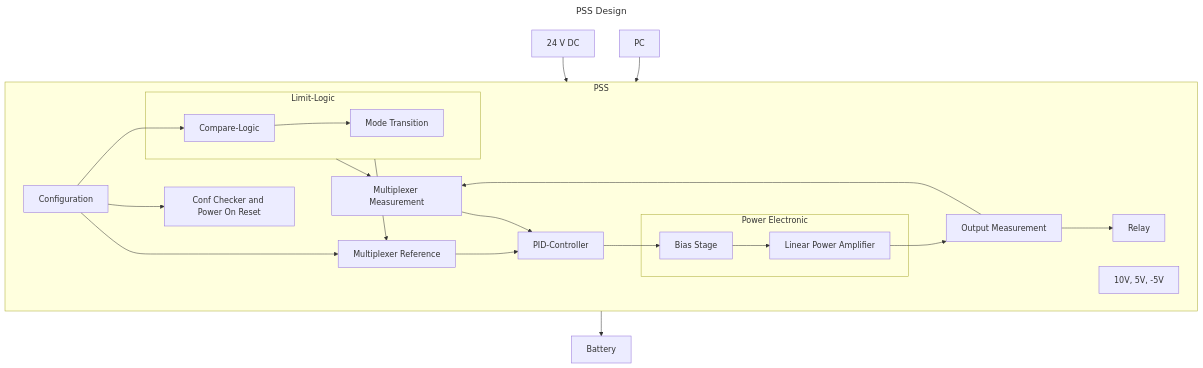
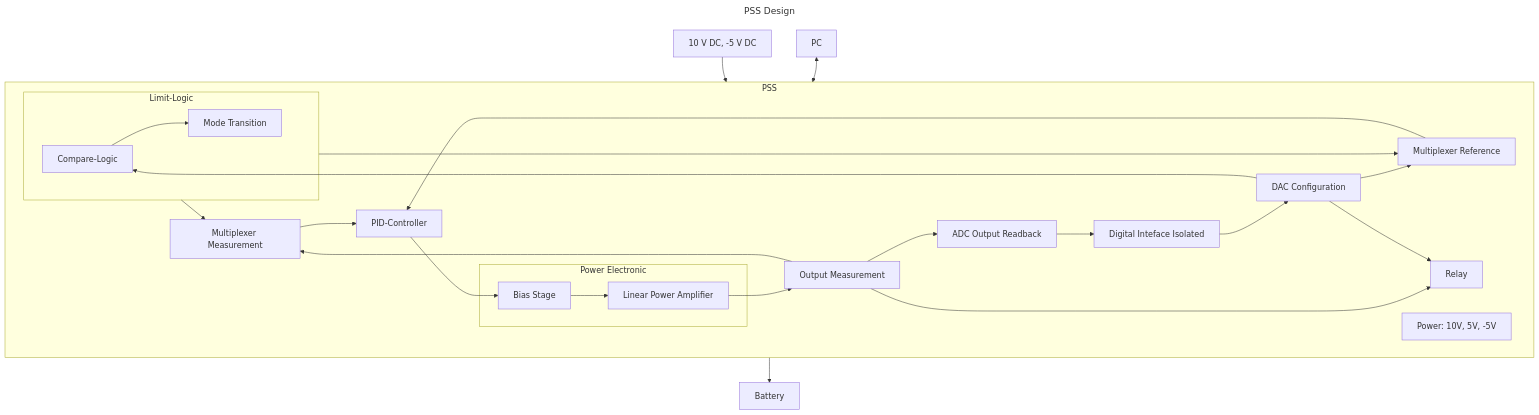
The diagram in docs/design/pss/pss.md (pascalguttmann/obat), drawn with Mermaid before and after one commit.

Commit message:
update pss overview diagram

````diff
--- a/docs/design/pss/pss.md
+++ b/docs/design/pss/pss.md
@@ -8,41 +8,44 @@
 ```mermaid
 ---
 title: PSS Design
 ---
 flowchart TB
 pc[PC]
-24V_power[24 V DC]
+ext_power[10 V DC, -5 V DC]
 bat[Battery]
 
 subgraph pss[PSS]
     direction TB
 
-    power[10V, 5V, -5V]
-    conf[Configuration]
-    checker[Conf Checker and Power On Reset]
+    power[Power: 10V, 5V, -5V]
+    dig_interface[Digital Inteface Isolated]
+    conf[DAC Configuration]
     direction LR
     mux_ref[Multiplexer Reference]
     control[PID-Controller]
     subgraph pe[Power Electronic]
         bias[Bias Stage]
         outstage[Linear Power Amplifier]
     end
     meas[Output Measurement]
     mux_meas[Multiplexer Measurement]
     relay[Relay]
 
     subgraph limit[Limit-Logic]
         comp[Compare-Logic]
         mode-tran[Mode Transition]
     end
+
+    adc[ADC Output Readback]
 end
 
-24V_power --> power
-pc --> conf --> checker
+ext_power --> power
+pc <--> dig_interface --> conf
+meas --> adc --> dig_interface
 conf --> mux_ref --> control --> bias --> outstage --> meas --> relay --> bat
 meas --> mux_meas --> control
 conf --> comp --> mode-tran
 limit --> mux_meas
 limit --> mux_ref
-
+conf --> relay
 ```
````
